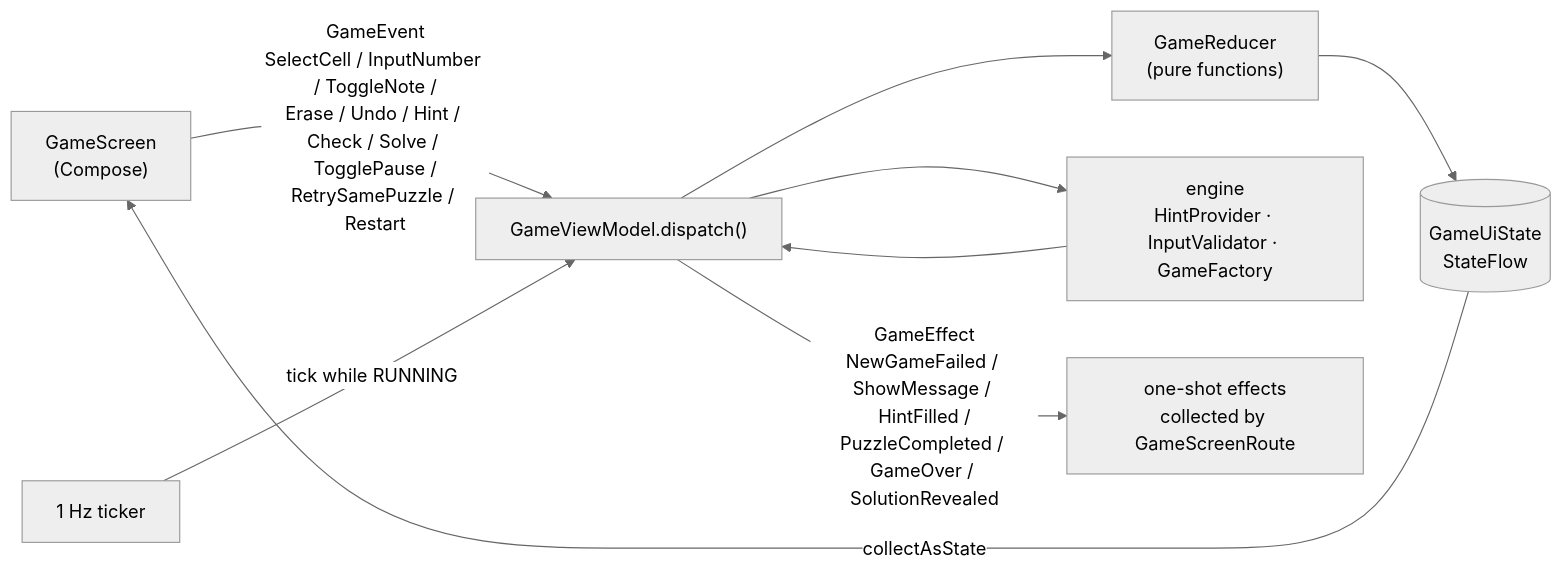
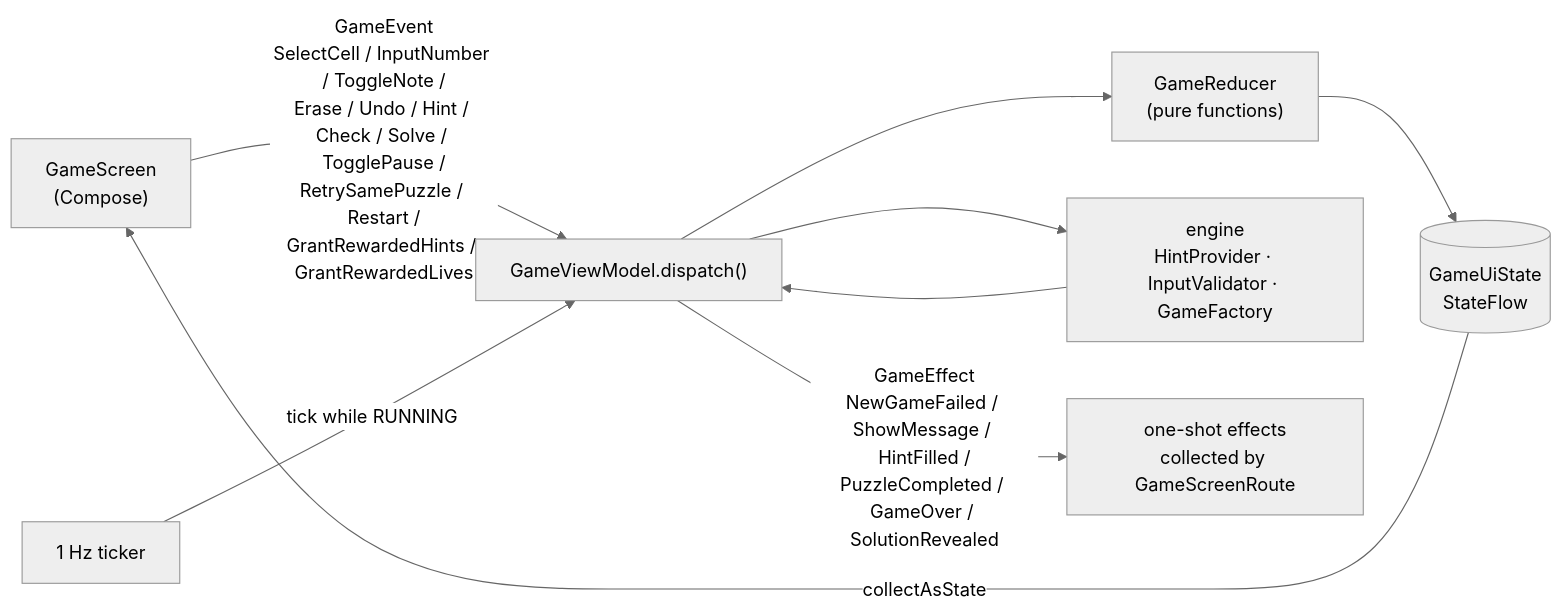
The third of 5 diagrams in README.md (Lewis-Luo-Li/mind-game), drawn with Mermaid (neutral theme) before and after one commit. The commit also changed 26 other files, not shown here.

````diff
--- a/README.md
+++ b/README.md
@@ -173,11 +173,11 @@
 ```mermaid
 flowchart LR
-    UI["GameScreen<br/>(Compose)"] -- "GameEvent<br/>SelectCell / InputNumber / ToggleNote /<br/>Erase / Undo / Hint / Check / Solve / TogglePause /<br/>RetrySamePuzzle / Restart" --> VM["GameViewModel.dispatch()"]
+    UI["GameScreen<br/>(Compose)"] -- "GameEvent<br/>SelectCell / InputNumber / ToggleNote /<br/>Erase / Undo / Hint / Check / Solve / TogglePause /<br/>RetrySamePuzzle / Restart /<br/>GrantRewardedHints / GrantRewardedLives" --> VM["GameViewModel.dispatch()"]
     VM --> R["GameReducer<br/>(pure functions)"]
     VM --> E["engine<br/>HintProvider · InputValidator · GameFactory"]
     R --> S[("GameUiState<br/>StateFlow")]
     E --> VM
     T["1 Hz ticker"] -- "tick while RUNNING" --> VM
     S -- "collectAsState" --> UI
     VM -- "GameEffect<br/>NewGameFailed / ShowMessage / HintFilled /<br/>PuzzleCompleted / GameOver / SolutionRevealed" --> FX["one-shot effects<br/>collected by GameScreenRoute"]
 ```
````
